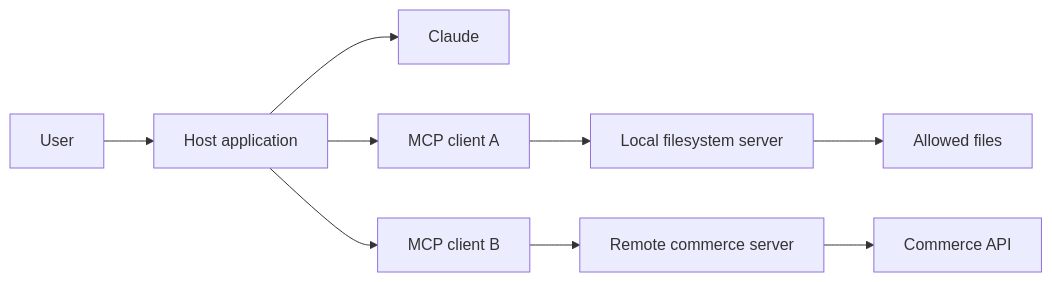
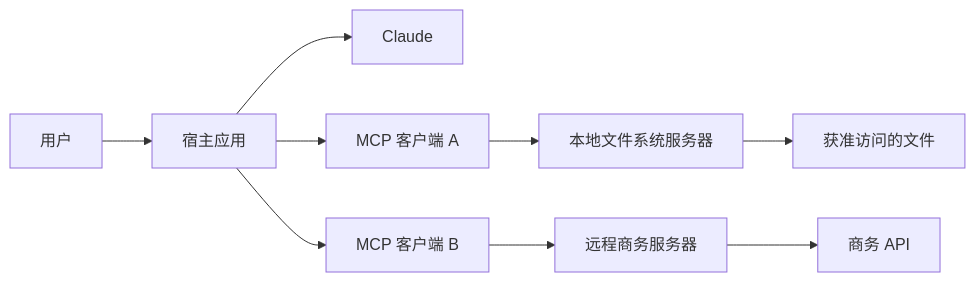
One commit to fancyboi999/ai-engineering-from-scratch-zh changed the first of 3 diagrams in certifications/claude/lessons/11-mcp-server-design-and-integration/docs/zh.md. Above: the diagram before and after it, drawn with Mermaid. The commit also changed other lines of this file and 67 other files, not shown here.

````diff
--- a/certifications/claude/lessons/11-mcp-server-design-and-integration/docs/zh.md
+++ b/certifications/claude/lessons/11-mcp-server-design-and-integration/docs/zh.md
@@ -37,11 +37,11 @@
 ```mermaid
 flowchart LR
-    User[User] --> Host[Host application]
+    User[用户] --> Host[宿主应用]
     Host --> Model[Claude]
-    Host --> ClientA[MCP client A]
-    Host --> ClientB[MCP client B]
-    ClientA --> ServerA[Local filesystem server]
-    ClientB --> ServerB[Remote commerce server]
-    ServerA --> Files[Allowed files]
-    ServerB --> API[Commerce API]
+    Host --> ClientA[MCP 客户端 A]
+    Host --> ClientB[MCP 客户端 B]
+    ClientA --> ServerA[本地文件系统服务器]
+    ClientB --> ServerB[远程商务服务器]
+    ServerA --> Files[获准访问的文件]
+    ServerB --> API[商务 API]
 ```
````
